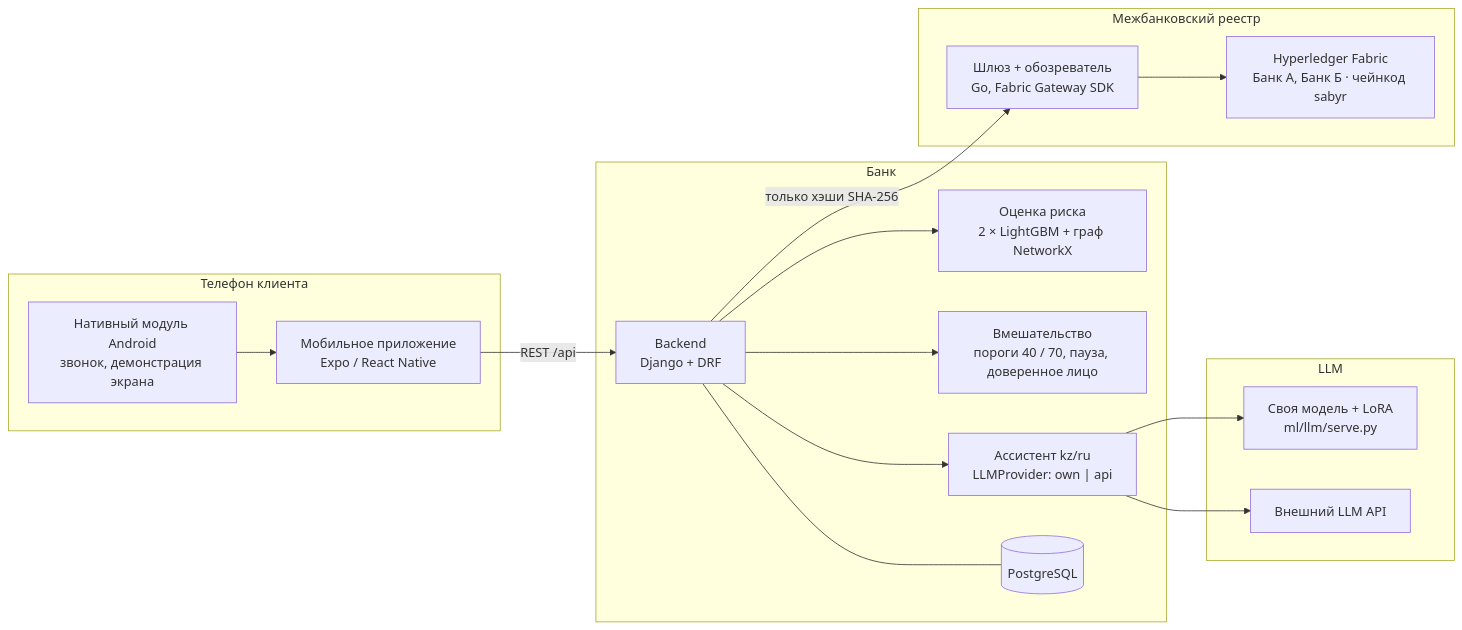
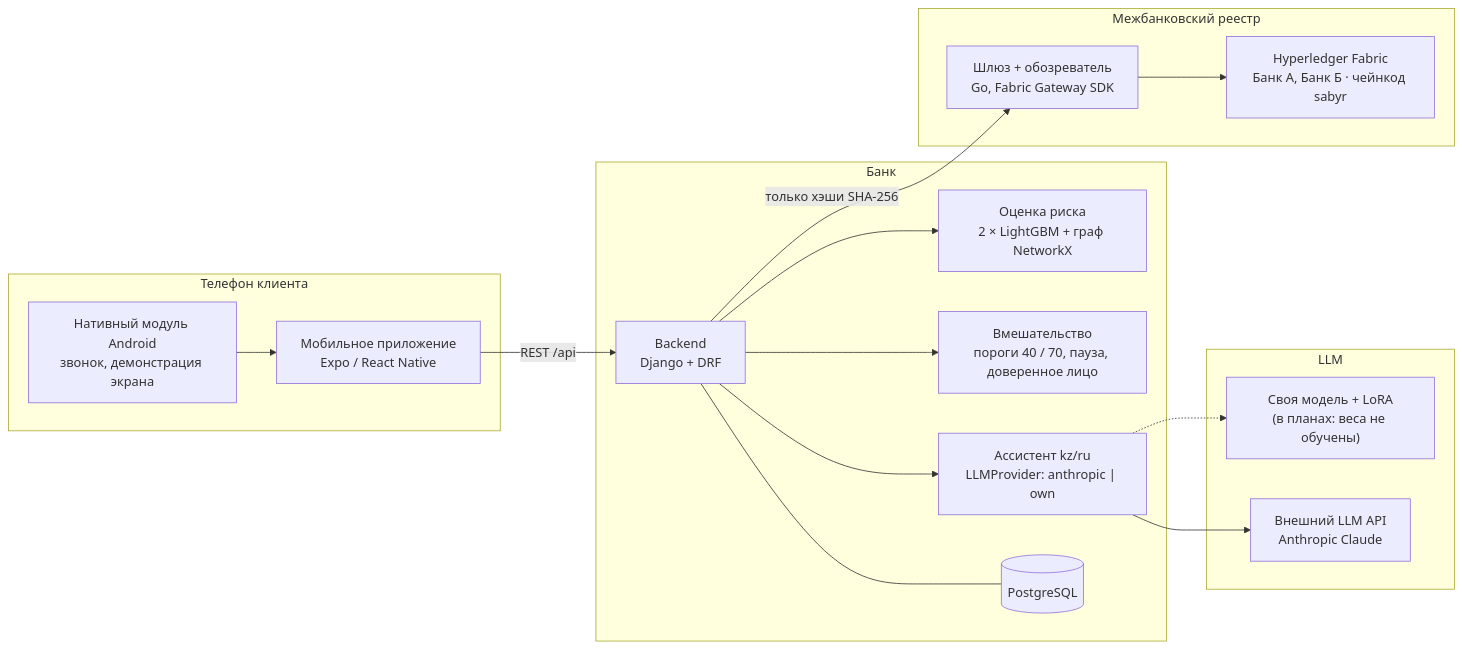
The diagram in README.md (theoneeyedking/sabyr), drawn with Mermaid before and after one commit. The commit also changed other lines of this file and 2 other files, not shown here.

Commit message:
README: запуск одной командой, что работает и что в планах, сценарий демо по шагам; статус аудита

````diff
--- a/README.md
+++ b/README.md
@@ -57,36 +88,36 @@
 ```mermaid
 flowchart LR
   subgraph phone["Телефон клиента"]
     app["Мобильное приложение<br/>Expo / React Native"]
     native["Нативный модуль Android<br/>звонок, демонстрация экрана"]
     native --> app
   end
 
   subgraph bank["Банк"]
     api["Backend<br/>Django + DRF"]
     risk["Оценка риска<br/>2 × LightGBM + граф NetworkX"]
     intervention["Вмешательство<br/>пороги 40 / 70, пауза, доверенное лицо"]
-    assistant["Ассистент kz/ru<br/>LLMProvider: own | api"]
+    assistant["Ассистент kz/ru<br/>LLMProvider: anthropic | own"]
     db[("PostgreSQL")]
     api --> risk
     api --> intervention
     api --> assistant
     api --- db
   end
 
   subgraph llm["LLM"]
-    own["Своя модель + LoRA<br/>ml/llm/serve.py"]
-    ext["Внешний LLM API"]
+    own["Своя модель + LoRA<br/>(в планах: веса не обучены)"]
+    ext["Внешний LLM API<br/>Anthropic Claude"]
   end
 
   subgraph ledger["Межбанковский реестр"]
     gw["Шлюз + обозреватель<br/>Go, Fabric Gateway SDK"]
     fabric["Hyperledger Fabric<br/>Банк А, Банк Б · чейнкод sabyr"]
     gw --> fabric
   end
 
   app -- "REST /api" --> api
-  assistant --> own
+  assistant -.-> own
   assistant --> ext
   api -- "только хэши SHA-256" --> gw
 ```
````
